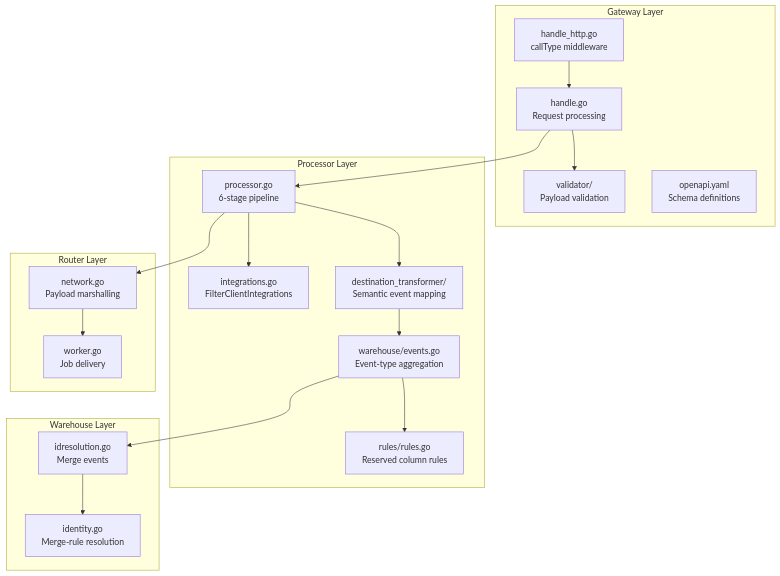
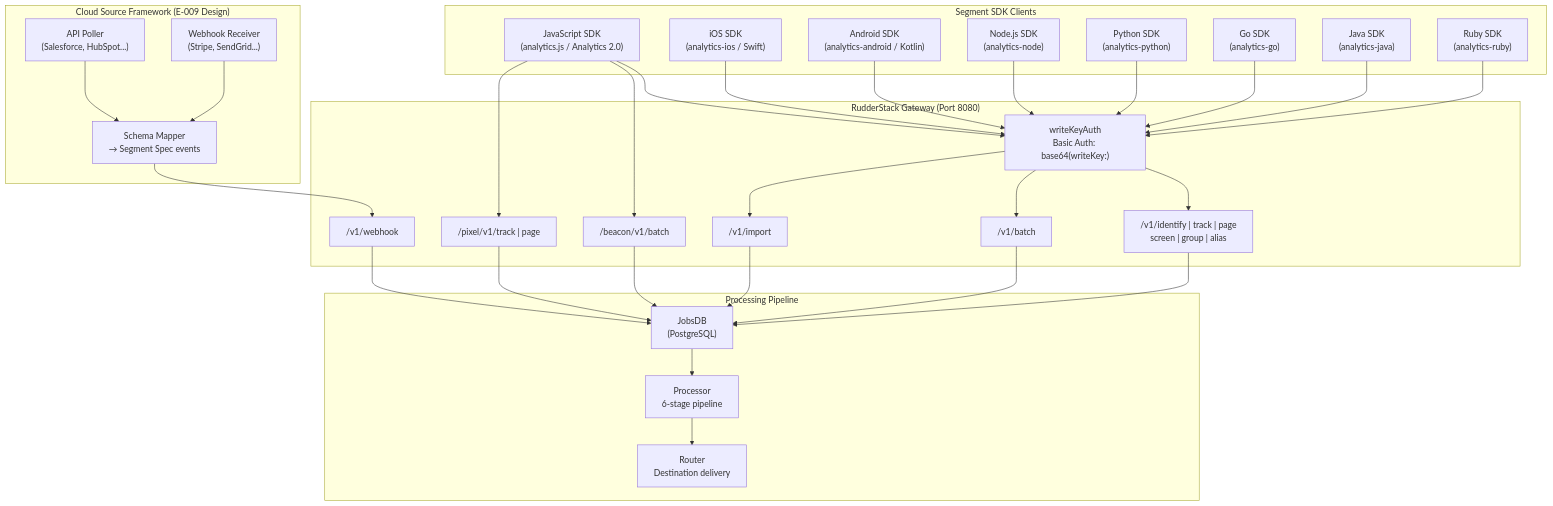
One commit to Blitzy-Sandbox/blitzy-RudderStack changed the diagram in blitzy/documentation/Technical Specifications.md. Above: the diagram before and after it, drawn with Mermaid. The commit also changed other lines of this file, not shown here.

````diff
--- a/blitzy/documentation/Technical Specifications.md
+++ b/blitzy/documentation/Technical Specifications.md
@@ -344,35 +328,63 @@
 ```mermaid
 flowchart TD
-    subgraph Gateway["Gateway Layer"]
-        HTTP["handle_http.go<br/>callType middleware"]
-        Handle["handle.go<br/>Request processing"]
-        Validator["validator/<br/>Payload validation"]
-        OpenAPI["openapi.yaml<br/>Schema definitions"]
+    subgraph SDKs["Segment SDK Clients"]
+        JS["JavaScript SDK<br/>(analytics.js / Analytics 2.0)"]
+        IOS["iOS SDK<br/>(analytics-ios / Swift)"]
+        AND["Android SDK<br/>(analytics-android / Kotlin)"]
+        NODE["Node.js SDK<br/>(analytics-node)"]
+        PY["Python SDK<br/>(analytics-python)"]
+        GOSK["Go SDK<br/>(analytics-go)"]
+        JAVA["Java SDK<br/>(analytics-java)"]
+        RUBY["Ruby SDK<br/>(analytics-ruby)"]
     end
 
-    subgraph Processor["Processor Layer"]
-        Pipeline["processor.go<br/>6-stage pipeline"]
-        Integrations["integrations.go<br/>FilterClientIntegrations"]
-        DestTransform["destination_transformer/<br/>Semantic event mapping"]
-        WHEvents["warehouse/events.go<br/>Event-type aggregation"]
-        Rules["rules/rules.go<br/>Reserved column rules"]
+    subgraph Gateway["RudderStack Gateway (Port 8080)"]
+        AUTH["writeKeyAuth<br/>Basic Auth: base64(writeKey:)"]
+        SPEC["/v1/identify | track | page<br/>screen | group | alias"]
+        BATCH["/v1/batch"]
+        BEACON["/beacon/v1/batch"]
+        PIXEL["/pixel/v1/track | page"]
+        IMPORT["/v1/import"]
+        WEBHOOK["/v1/webhook"]
     end
 
-    subgraph Router["Router Layer"]
-        Network["network.go<br/>Payload marshalling"]
-        Worker["worker.go<br/>Job delivery"]
+    subgraph Pipeline["Processing Pipeline"]
+        JOBSDB["JobsDB<br/>(PostgreSQL)"]
+        PROC["Processor<br/>6-stage pipeline"]
+        ROUTER["Router<br/>Destination delivery"]
     end
 
-    subgraph Warehouse["Warehouse Layer"]
-        Identity["identity.go<br/>Merge-rule resolution"]
-        IDResolution["idresolution.go<br/>Merge events"]
+    subgraph CloudSources["Cloud Source Framework (E-009 Design)"]
+        POLLER["API Poller<br/>(Salesforce, HubSpot...)"]
+        WHRECV["Webhook Receiver<br/>(Stripe, SendGrid...)"]
+        MAPPER["Schema Mapper<br/>→ Segment Spec events"]
     end
 
-    HTTP --> Handle --> Validator
-    Handle --> Pipeline
-    Pipeline --> Integrations
-    Pipeline --> DestTransform
-    DestTransform --> WHEvents --> Rules
-    Pipeline --> Network --> Worker
-    WHEvents --> IDResolution --> Identity
+    JS --> AUTH
+    IOS --> AUTH
+    AND --> AUTH
+    NODE --> AUTH
+    PY --> AUTH
+    GOSK --> AUTH
+    JAVA --> AUTH
+    RUBY --> AUTH
+
+    AUTH --> SPEC
+    AUTH --> BATCH
+    JS --> BEACON
+    JS --> PIXEL
+    AUTH --> IMPORT
+
+    POLLER --> MAPPER
+    WHRECV --> MAPPER
+    MAPPER --> WEBHOOK
+
+    SPEC --> JOBSDB
+    BATCH --> JOBSDB
+    BEACON --> JOBSDB
+    PIXEL --> JOBSDB
+    IMPORT --> JOBSDB
+    WEBHOOK --> JOBSDB
+
+    JOBSDB --> PROC --> ROUTER
 ```
````
